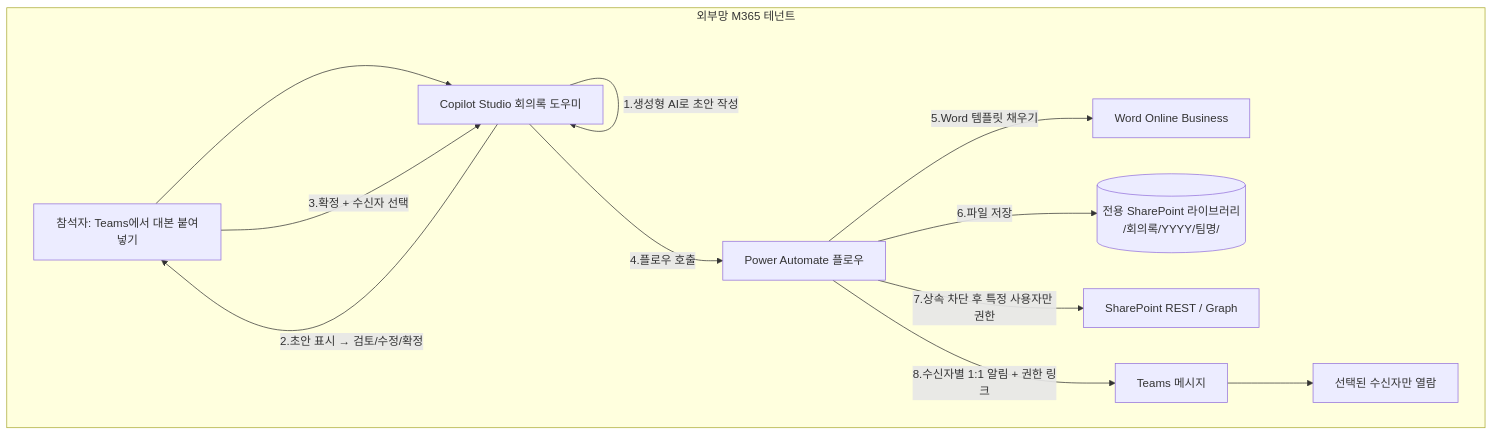
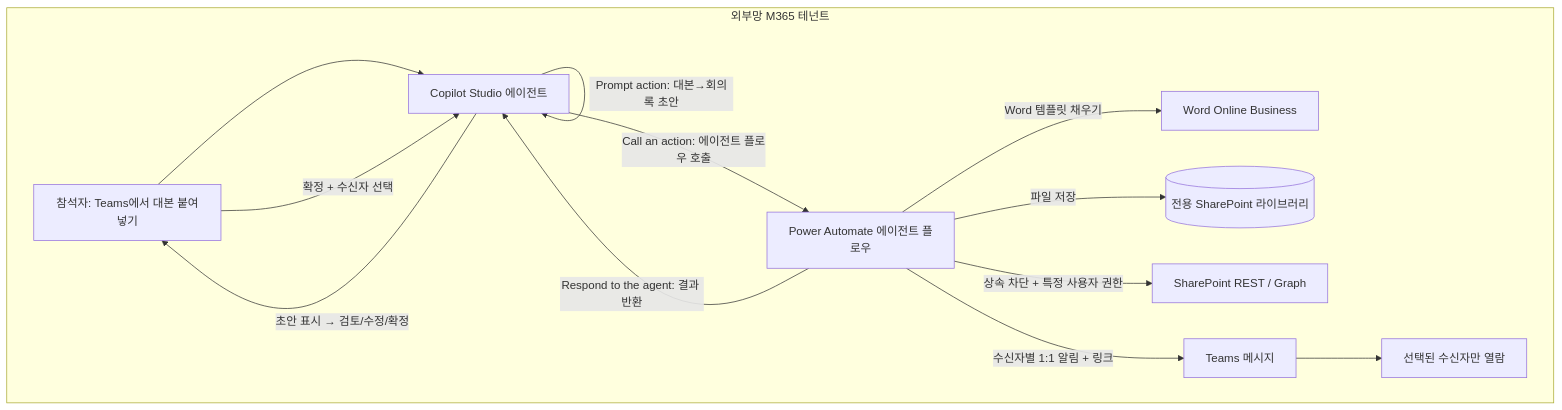
Before and after one commit to tlsqhdrbek-debug/ms-design-agents: the first of 2 diagrams in docs/designs/20260528_회의록자동화에이전트.md, drawn with Mermaid. The commit also changed other lines of this file, not shown here.

Commit message:
design: Copilot Studio↔Power Automate 연계 상세 보강 (트리거/응답 액션, 노드별 구성, Prompt action, 변수 매핑) — MS Learn 근거 반영

````diff
--- a/docs/designs/20260528_회의록자동화에이전트.md
+++ b/docs/designs/20260528_회의록자동화에이전트.md
@@ -42,15 +42,16 @@
 ```mermaid
 flowchart TD
   subgraph 외부망[외부망 M365 테넌트]
-    U[참석자: Teams에서 대본 붙여넣기] --> CS[Copilot Studio 회의록 도우미]
-    CS -->|1.생성형 AI로 초안 작성| CS
-    CS -->|2.초안 표시 → 검토/수정/확정| U
-    U -->|3.확정 + 수신자 선택| CS
-    CS -->|4.플로우 호출| PA[Power Automate 플로우]
-    PA -->|5.Word 템플릿 채우기| WT[Word Online Business]
-    PA -->|6.파일 저장| SP[(전용 SharePoint 라이브러리<br/>/회의록/YYYY/팀명/)]
-    PA -->|7.상속 차단 후 특정 사용자만 권한| GR[SharePoint REST / Graph]
-    PA -->|8.수신자별 1:1 알림 + 권한 링크| TN[Teams 메시지]
+    U[참석자: Teams에서 대본 붙여넣기] --> CS[Copilot Studio 에이전트]
+    CS -->|Prompt action: 대본→회의록 초안| CS
+    CS -->|초안 표시 → 검토/수정/확정| U
+    U -->|확정 + 수신자 선택| CS
+    CS -->|Call an action: 에이전트 플로우 호출| PA[Power Automate 에이전트 플로우]
+    PA -->|Word 템플릿 채우기| WT[Word Online Business]
+    PA -->|파일 저장| SP[(전용 SharePoint 라이브러리)]
+    PA -->|상속 차단 + 특정 사용자 권한| GR[SharePoint REST / Graph]
+    PA -->|Respond to the agent: 결과 반환| CS
+    PA -->|수신자별 1:1 알림 + 링크| TN[Teams 메시지]
     TN --> R[선택된 수신자만 열람]
   end
 ```
````
